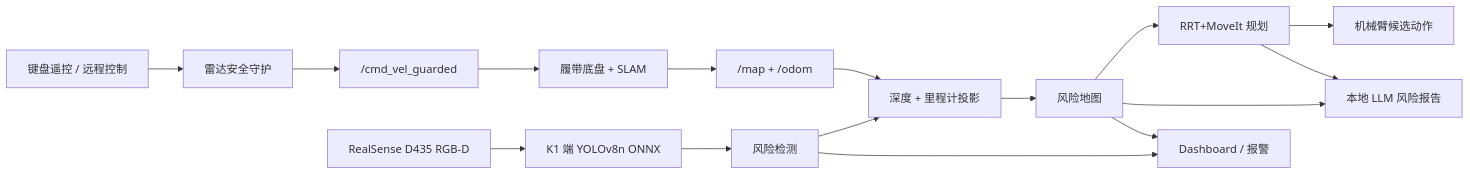
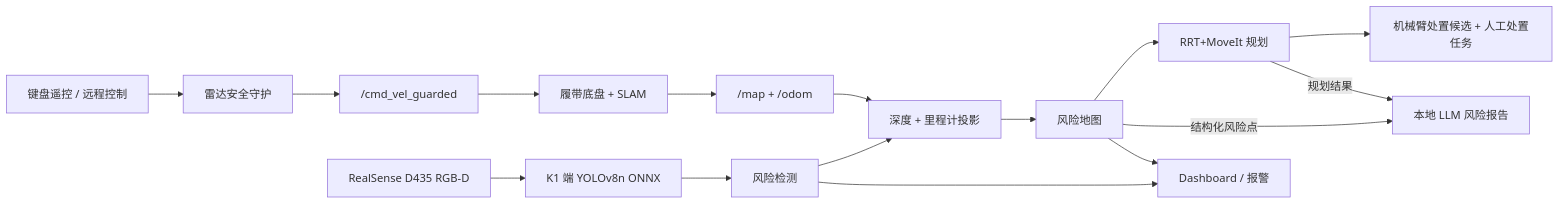
Before and after one commit to RickSanchezC5163/spacemit-k1-edge-ai-risk-robot: the diagram in README.md, drawn with Mermaid.

Commit message:
Clarify RRT MoveIt closed-loop flow

````diff
--- a/README.md
+++ b/README.md
@@ -124,19 +124,19 @@
 ```mermaid
 flowchart LR
     A["键盘遥控 / 远程控制"] --> B["雷达安全守护"]
     B --> C["/cmd_vel_guarded"]
     C --> D["履带底盘 + SLAM"]
     D --> E["/map + /odom"]
 
     F["RealSense D435 RGB-D"] --> G["K1 端 YOLOv8n ONNX"]
     G --> H["风险检测"]
     H --> I["深度 + 里程计投影"]
     E --> I
     I --> J["风险地图"]
     J --> K["RRT+MoveIt 规划"]
-    K --> N["机械臂候选动作"]
-    K --> L["本地 LLM 风险报告"]
-    J --> L
+    K --> N["机械臂处置候选 + 人工处置任务"]
+    K -- "规划结果" --> L["本地 LLM 风险报告"]
+    J -- "结构化风险点" --> L
     H --> M["Dashboard / 报警"]
     J --> M
 ```
````
